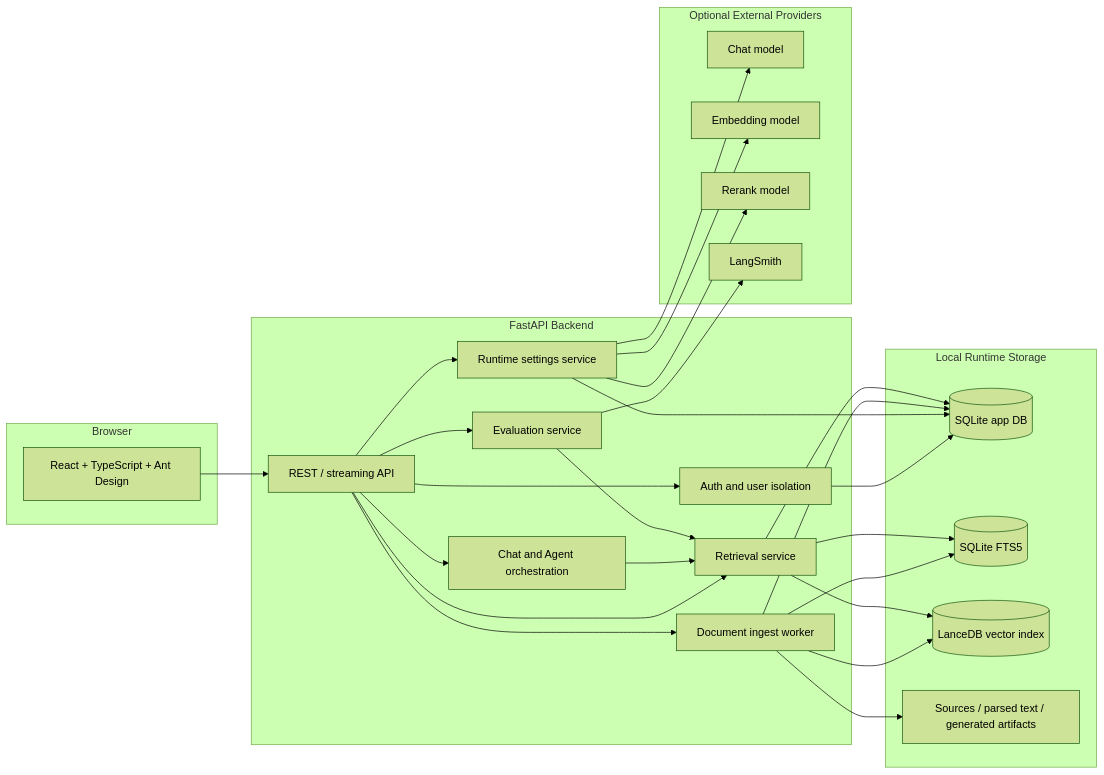
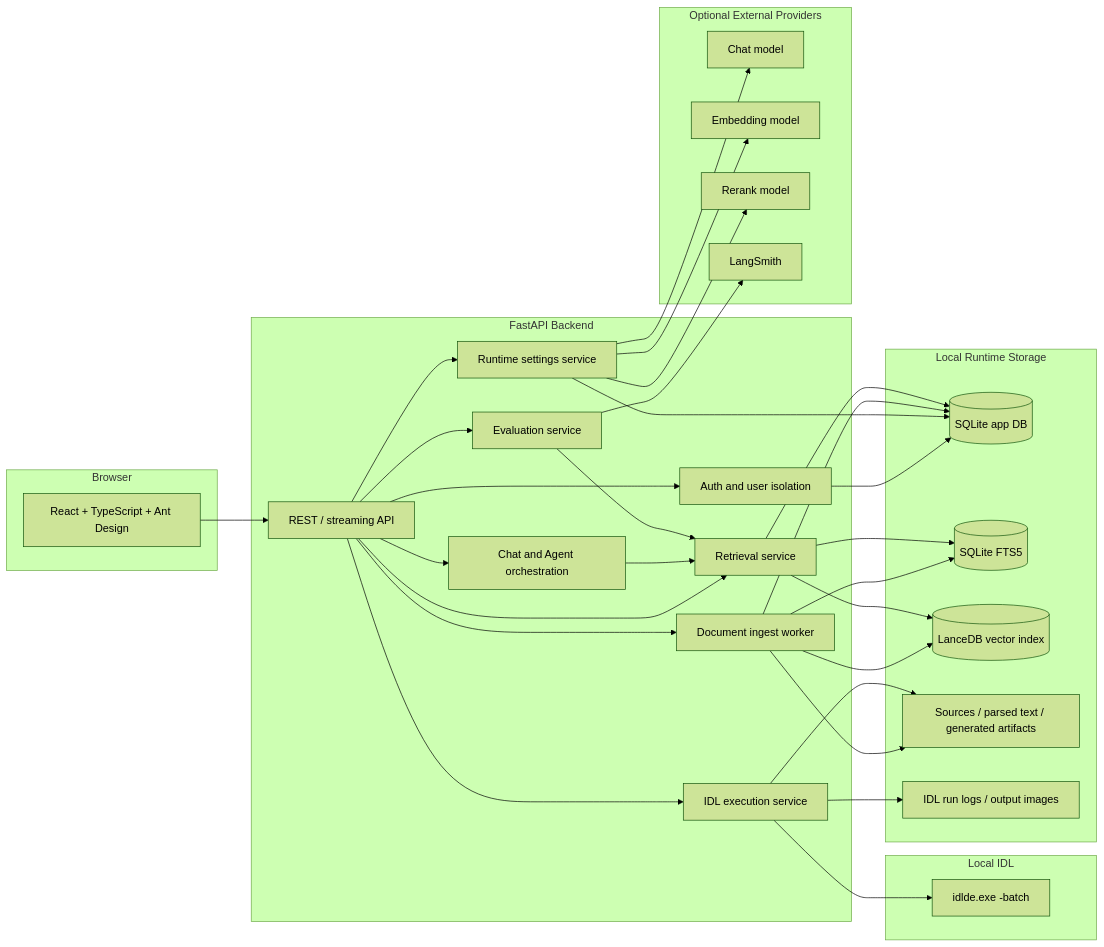
Before and after one commit to GeoSyntax/idl-rag: the first of 4 diagrams in docs/project-showcase.en-US.md, drawn with Mermaid (forest theme). The commit also changed other lines of this file and 23 other files, not shown here.

First line of the commit message:
Add local IDL agent execution

````diff
--- a/docs/project-showcase.en-US.md
+++ b/docs/project-showcase.en-US.md
@@ -15,53 +15,63 @@
 ```mermaid
 flowchart LR
   subgraph Browser[Browser]
     UI[React + TypeScript + Ant Design]
   end
 
   subgraph Backend[FastAPI Backend]
     API[REST / streaming API]
     Auth[Auth and user isolation]
     Ingest[Document ingest worker]
     Retrieval[Retrieval service]
     Agent[Chat and Agent orchestration]
+    IDLRun[IDL execution service]
     Eval[Evaluation service]
     Settings[Runtime settings service]
   end
 
   subgraph Storage[Local Runtime Storage]
     DB[(SQLite app DB)]
     FTS[(SQLite FTS5)]
     Vector[(LanceDB vector index)]
     Files[Sources / parsed text / generated artifacts]
+    IDLOutputs[IDL run logs / output images]
+  end
+
+  subgraph LocalIDL[Local IDL]
+    IDLBatch[idlde.exe -batch]
   end
 
   subgraph Providers[Optional External Providers]
     LLM[Chat model]
     Embedding[Embedding model]
     Rerank[Rerank model]
     LangSmith[LangSmith]
   end
 
   UI --> API
   API --> Auth
   API --> Ingest
   API --> Retrieval
   API --> Agent
+  API --> IDLRun
   API --> Eval
   API --> Settings
   Auth --> DB
   Settings --> DB
   Ingest --> DB
   Ingest --> FTS
   Ingest --> Vector
   Ingest --> Files
   Retrieval --> DB
   Retrieval --> FTS
   Retrieval --> Vector
   Agent --> Retrieval
+  IDLRun --> Files
+  IDLRun --> IDLOutputs
+  IDLRun --> IDLBatch
   Eval --> Retrieval
   Settings --> LLM
   Settings --> Embedding
   Settings --> Rerank
   Eval --> LangSmith
 ```
````
